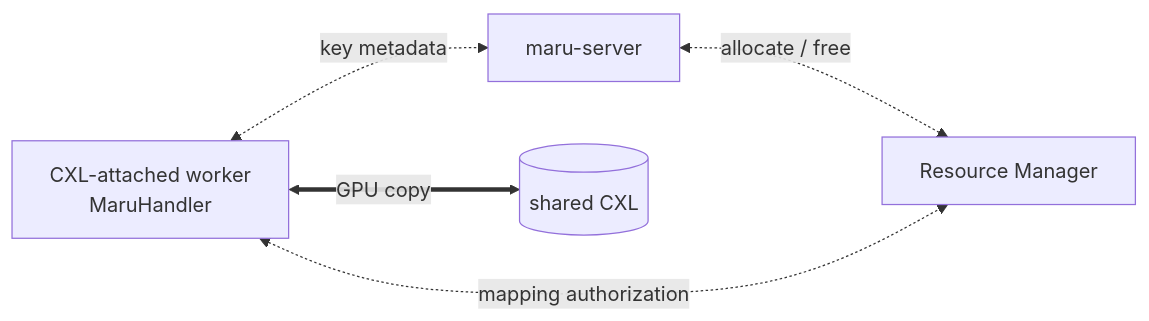
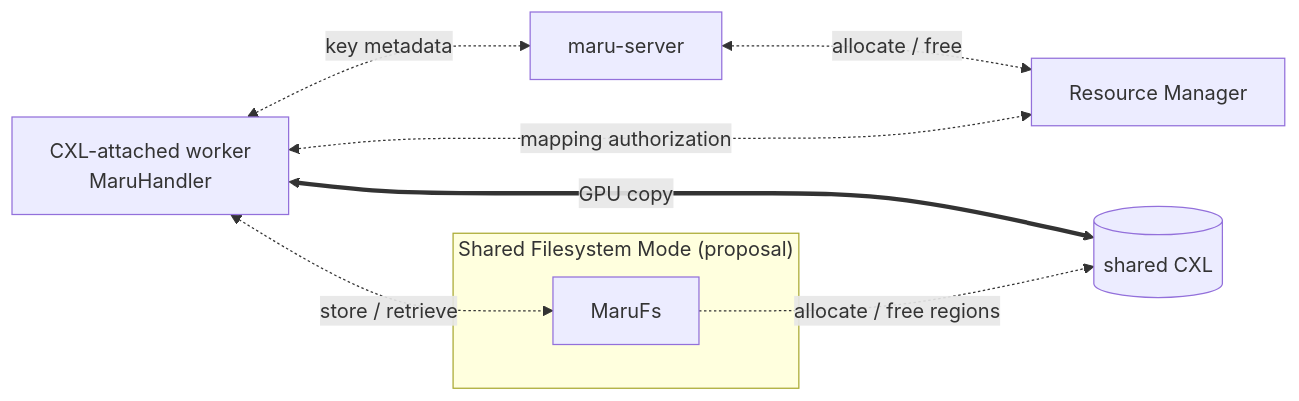
The second of 2 diagrams in docs/source/design_doc/architecture_overview.md (xcena-dev/maru), drawn with Mermaid before and after one commit. The commit also changed other lines of this file and 1 other file, not shown here.

Commit message:
docs: restore the MaruFS proposal page

````diff
--- a/docs/source/design_doc/architecture_overview.md
+++ b/docs/source/design_doc/architecture_overview.md
@@ -38,7 +38,13 @@
 ```mermaid
 flowchart LR
     W["CXL-attached worker<br/>MaruHandler"] <-.->|"key metadata"| S["maru-server"]
     S <-.->|"allocate / free"| R["Resource Manager"]
     W <-.->|"mapping authorization"| R
     W <==>|"GPU copy"| P[("shared CXL")]
+
+    subgraph Filesystem["Shared Filesystem Mode (proposal)"]
+        FS["MaruFs"]
+    end
+    W <-.->|"store / retrieve"| FS
+    FS -.->|"allocate / free regions"| P
 ```
````
